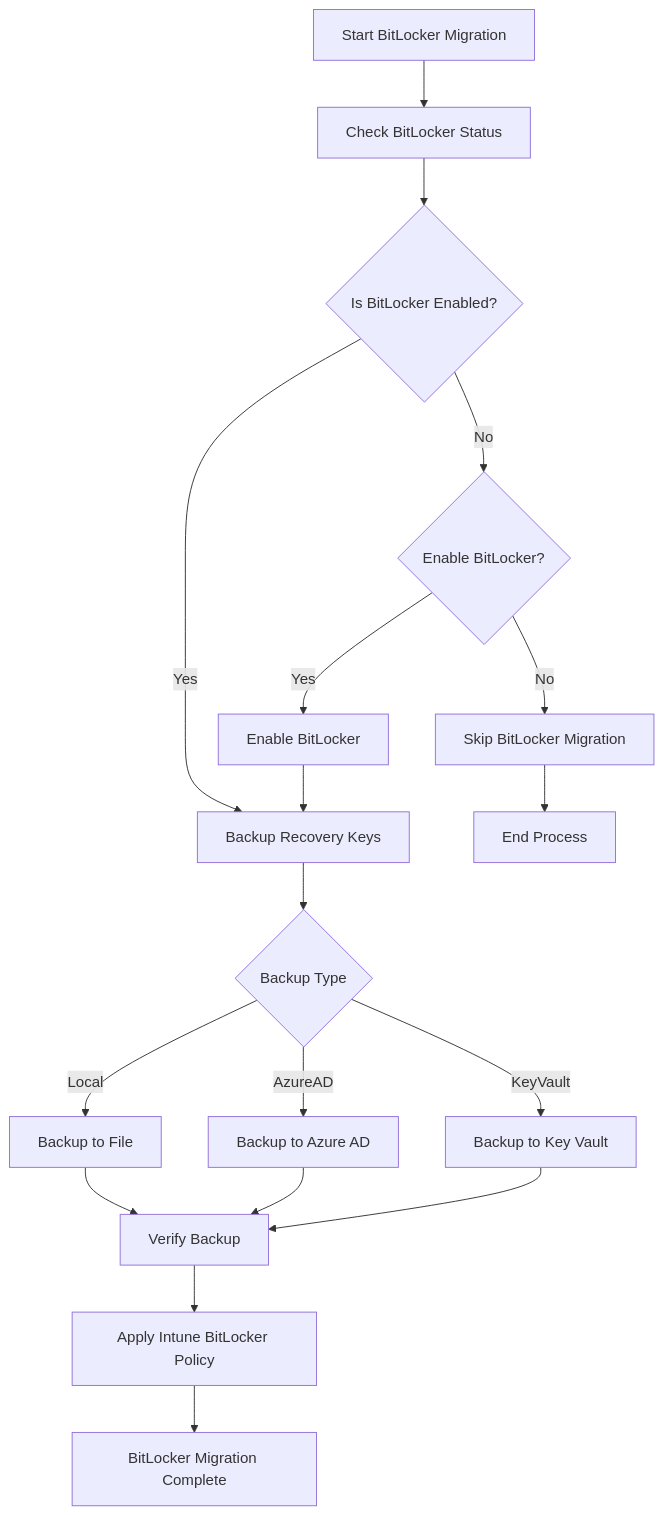
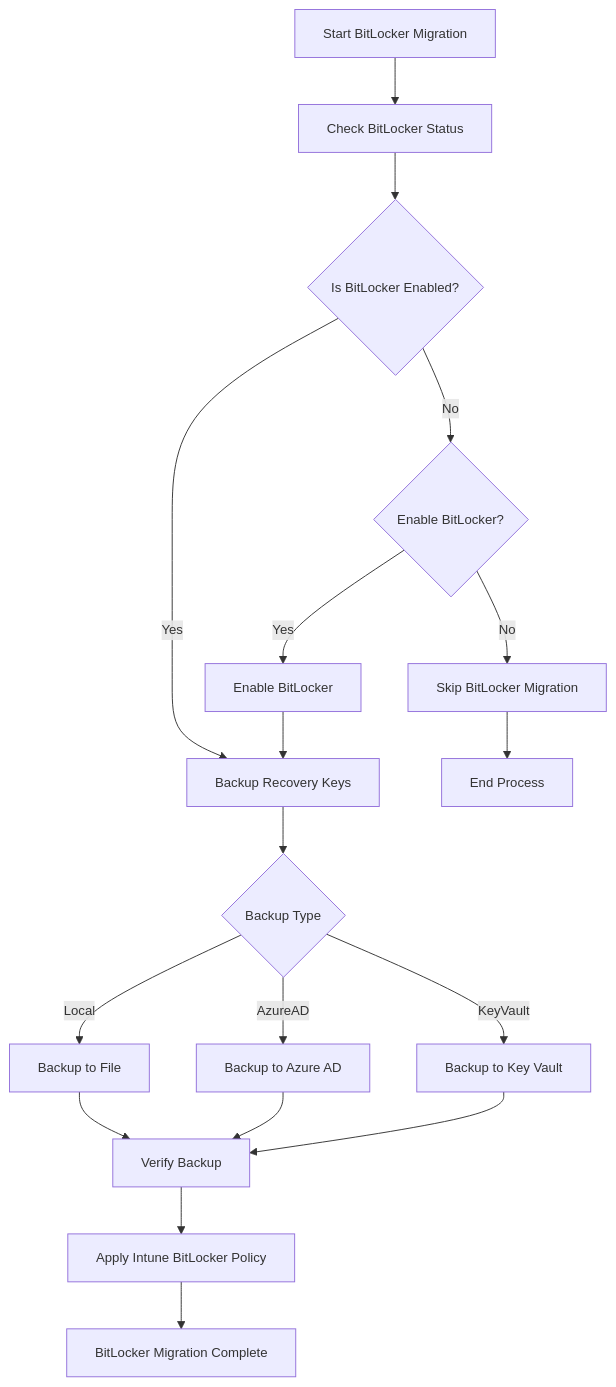
The diagram in docs/BitLocker-Management.md (alphaminmax/Workspace-One-to-Azure-Intune-Migration-Toolkit-MVP-Edition), drawn with Mermaid before and after one commit. The commit also changed 10 other files, not shown here.

Commit message:
Added BitLocker-Management module

````diff
--- a/docs/BitLocker-Management.md
+++ b/docs/BitLocker-Management.md
@@ -11,20 +11,21 @@
 ```mermaid
+%%{init: {'theme': 'default', 'themeVariables': { 'primaryColor': '#5a7c9d', 'fontSize': '14px'}}}%%
 flowchart TD
-    A[Start BitLocker Migration] --> B[Check BitLocker Status]
-    B --> C{Is BitLocker Enabled?}
-    C -->|Yes| D[Backup Recovery Keys]
-    C -->|No| E{Enable BitLocker?}
-    E -->|Yes| F[Enable BitLocker]
-    E -->|No| G[Skip BitLocker Migration]
-    F --> D
-    D --> H{Backup Type}
-    H -->|Local| I[Backup to File]
-    H -->|AzureAD| J[Backup to Azure AD]
-    H -->|KeyVault| K[Backup to Key Vault]
-    I --> L[Verify Backup]
-    J --> L
-    K --> L
-    L --> M[Apply Intune BitLocker Policy]
-    M --> N[BitLocker Migration Complete]
-    G --> O[End Process]
+A[Start BitLocker Migration] --> B[Check BitLocker Status]
+B --> C{Is BitLocker Enabled?}
+C -->|Yes| D[Backup Recovery Keys]
+C -->|No| E{Enable BitLocker?}
+E -->|Yes| F[Enable BitLocker]
+E -->|No| G[Skip BitLocker Migration]
+F --> D
+D --> H{Backup Type}
+H -->|Local| I[Backup to File]
+H -->|AzureAD| J[Backup to Azure AD]
+H -->|KeyVault| K[Backup to Key Vault]
+I --> L[Verify Backup]
+J --> L
+K --> L
+L --> M[Apply Intune BitLocker Policy]
+M --> N[BitLocker Migration Complete]
+G --> O[End Process]
 ```
````
